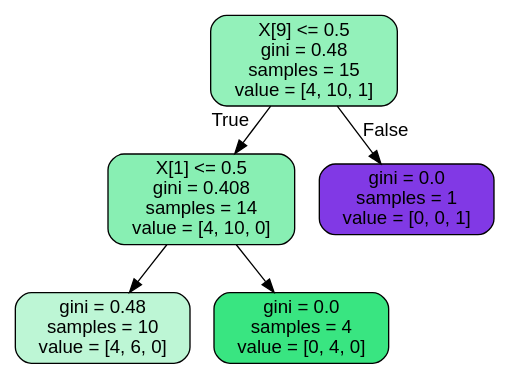
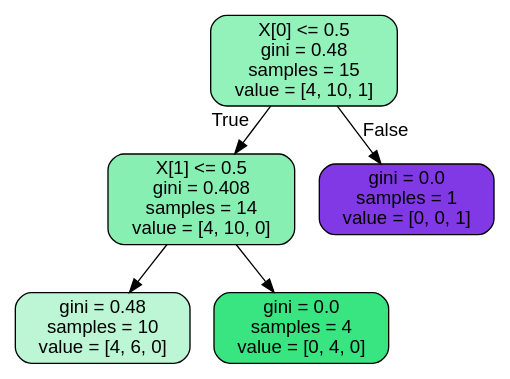
The diagram in doc/pub/week44/ipynb/Datafiles/ride.dot (CompPhysics/MachineLearning), drawn with Graphviz before and after one commit. The commit also changed 14 other files, not shown here.

```diff
--- a/doc/pub/week44/ipynb/Datafiles/ride.dot
+++ b/doc/pub/week44/ipynb/Datafiles/ride.dot
@@ -1,13 +1,13 @@
 digraph Tree {
 node [shape=box, style="filled, rounded", color="black", fontname="helvetica"] ;
 edge [fontname="helvetica"] ;
-0 [label="X[9] <= 0.5\ngini = 0.48\nsamples = 15\nvalue = [4, 10, 1]", fillcolor="#93f1ba"] ;
+0 [label="X[0] <= 0.5\ngini = 0.48\nsamples = 15\nvalue = [4, 10, 1]", fillcolor="#93f1ba"] ;
 1 [label="X[1] <= 0.5\ngini = 0.408\nsamples = 14\nvalue = [4, 10, 0]", fillcolor="#88efb3"] ;
 0 -> 1 [labeldistance=2.5, labelangle=45, headlabel="True"] ;
 2 [label="gini = 0.48\nsamples = 10\nvalue = [4, 6, 0]", fillcolor="#bdf6d5"] ;
 1 -> 2 ;
 3 [label="gini = 0.0\nsamples = 4\nvalue = [0, 4, 0]", fillcolor="#39e581"] ;
 1 -> 3 ;
 4 [label="gini = 0.0\nsamples = 1\nvalue = [0, 0, 1]", fillcolor="#8139e5"] ;
 0 -> 4 [labeldistance=2.5, labelangle=-45, headlabel="False"] ;
 }
```
